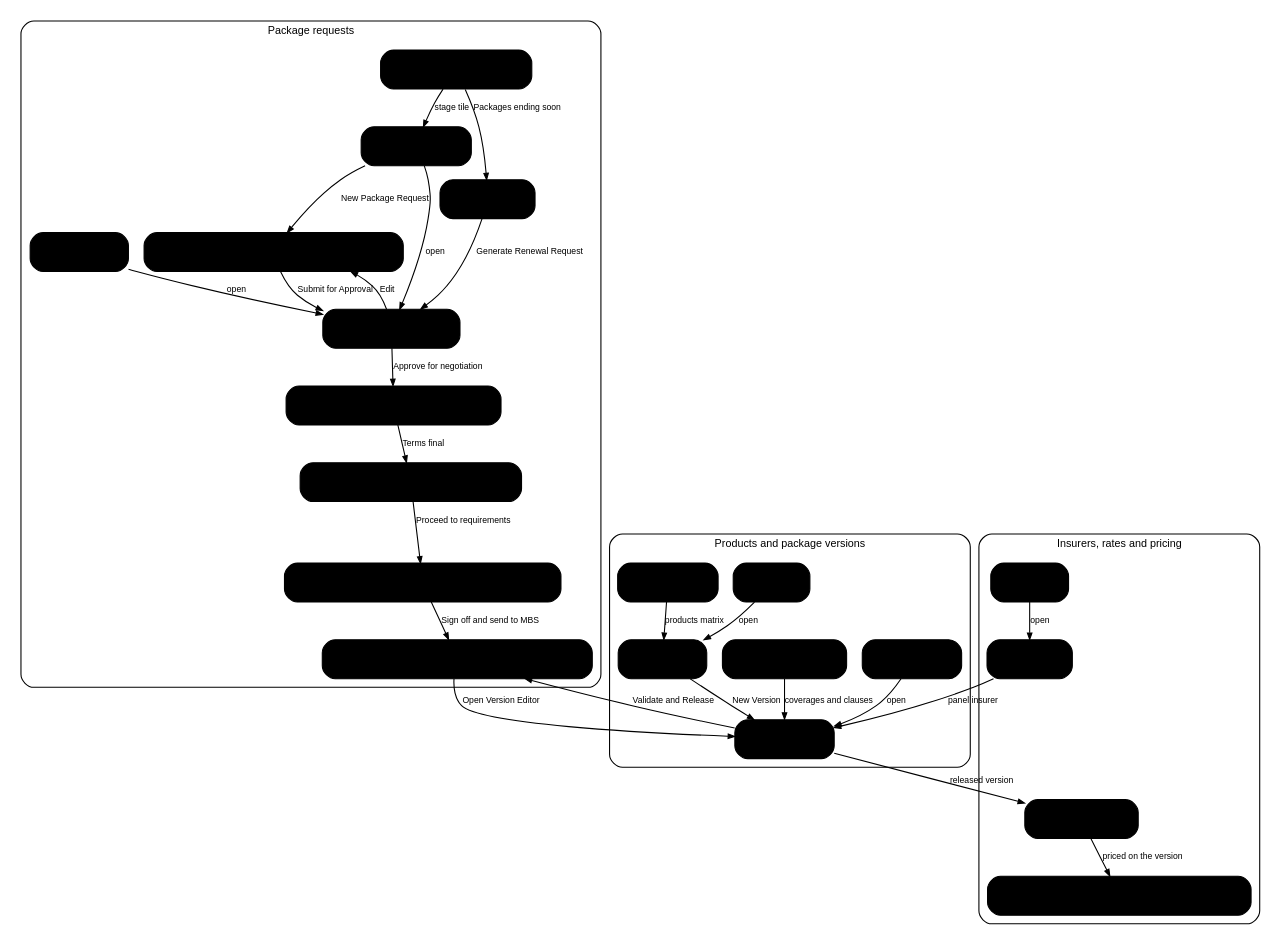
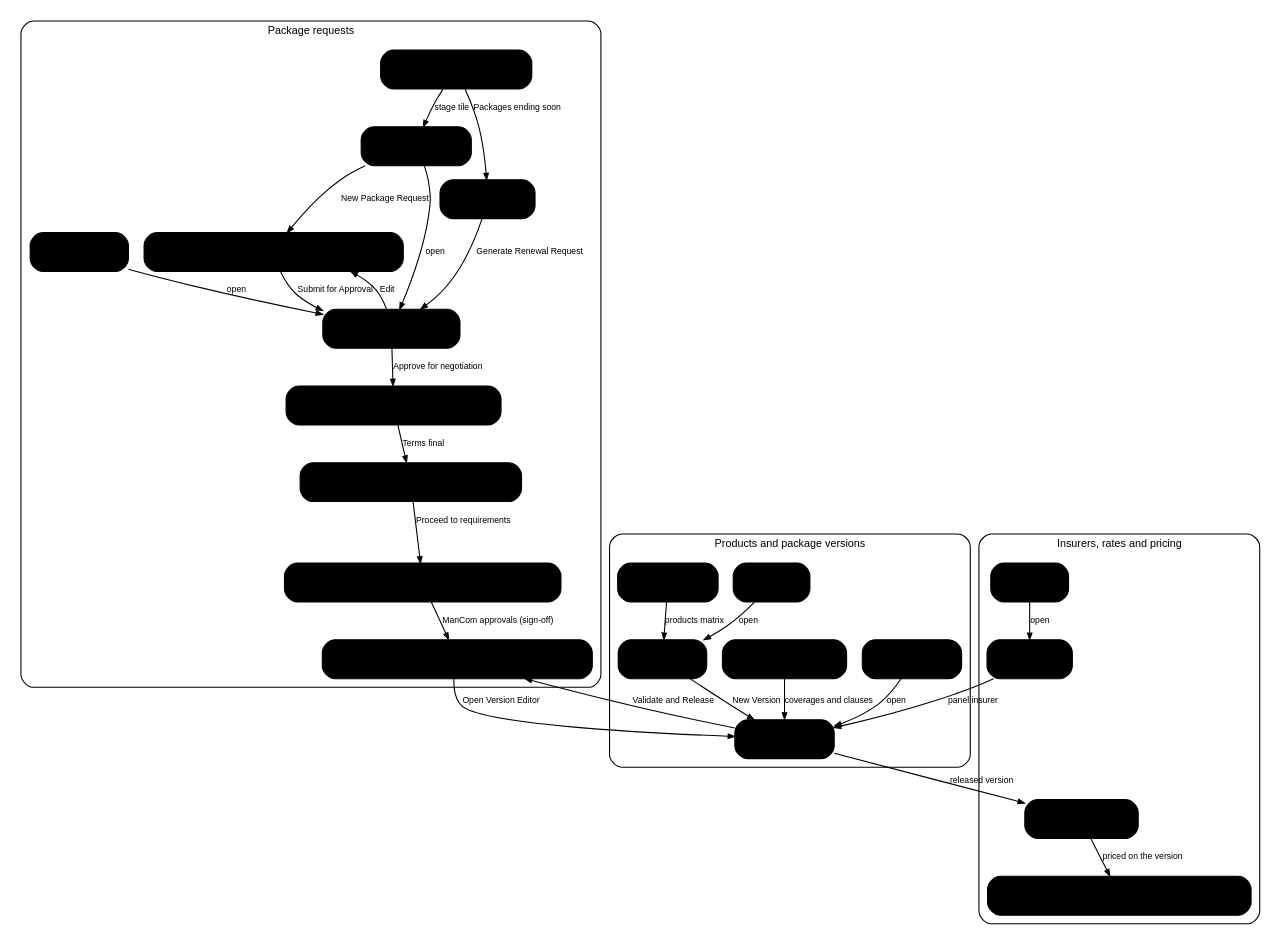
One commit to IortaTexhNXT-DEV/FinVerse changed the diagram in docs/deliverables/src/BRD-03_Product_Maintenance/figures/brd03_screen_flow.dot. Above: the diagram before and after it, drawn with Graphviz. The commit also changed 18 other files, not shown here.

```diff
--- a/docs/deliverables/src/BRD-03_Product_Maintenance/figures/brd03_screen_flow.dot
+++ b/docs/deliverables/src/BRD-03_Product_Maintenance/figures/brd03_screen_flow.dot
@@ -1,54 +1,54 @@
 digraph flow {
   graph [rankdir=TB, fontname="Arial", nodesep=0.2, ranksep=0.35, bgcolor="white", newrank=true, compound=true];
   node [shape=box, style="rounded,filled", fillcolor="@BG_BLUE", color="@HEADER_BLUE", fontname="Arial", fontsize=10, fontcolor="@NEAR_BLACK", margin="0.12,0.06"];
   edge [color="@CTA_BLUE", fontname="Arial", fontsize=8, fontcolor="@MUTED", arrowsize=0.6];
   subgraph "cluster_Package requests" { label="Package requests"; fontname="Arial"; fontsize=10; fontcolor="@HEADER_BLUE"; color="@BORDER"; style="rounded";
     "SCR-PM-01" [label="Product Maintenance Home\nSCR-PM-01"];
     "SCR-PM-02" [label="Package Requests\nSCR-PM-02"];
     "SCR-PM-03" [label="New Package Request and Edit Package Request\nSCR-PM-03"];
     "SCR-PM-04" [label="Package Request record\nSCR-PM-04"];
     "SCR-PM-05" [label="Package Request record: Negotiation tab\nSCR-PM-05"];
     "SCR-PM-06" [label="Package Request record: Comparative tab\nSCR-PM-06"];
     "SCR-PM-07" [label="Package Request record: Requirements & Sign-off tab\nSCR-PM-07"];
     "SCR-PM-08" [label="Package Request record: Set-up and Advisories tabs\nSCR-PM-08"];
     "SCR-PM-09" [label="TSU Workbench\nSCR-PM-09"];
     "SCR-PM-10" [label="Package Expiry\nSCR-PM-10"];
   }
   subgraph "cluster_Products and package versions" { label="Products and package versions"; fontname="Arial"; fontsize=10; fontcolor="@HEADER_BLUE"; color="@BORDER"; style="rounded";
     "SCR-PM-11" [label="Products\nSCR-PM-11"];
     "SCR-PM-12" [label="Product record\nSCR-PM-12"];
     "SCR-PM-13" [label="Package Version\nSCR-PM-13"];
     "SCR-PM-14" [label="Validation Queue\nSCR-PM-14"];
     "SCR-PM-15" [label="Coverages & Clauses\nSCR-PM-15"];
     "SCR-PM-16" [label="Incentive Criteria\nSCR-PM-16"];
   }
   subgraph "cluster_Insurers, rates and pricing" { label="Insurers, rates and pricing"; fontname="Arial"; fontsize=10; fontcolor="@HEADER_BLUE"; color="@BORDER"; style="rounded";
     "SCR-PM-17" [label="Insurers\nSCR-PM-17"];
     "SCR-PM-18" [label="Insurer record\nSCR-PM-18"];
     "SCR-PM-21" [label="Premium Calculator\nSCR-PM-21"];
     "SCR-PM-22" [label="Quotation: package rate scheme and rate exception\nSCR-PM-22"];
   }
   "SCR-PM-01" -> "SCR-PM-02" [label="stage tile"];
   "SCR-PM-01" -> "SCR-PM-10" [label="Packages ending soon"];
   "SCR-PM-02" -> "SCR-PM-03" [label="New Package Request"];
   "SCR-PM-03" -> "SCR-PM-04" [label="Submit for Approval"];
   "SCR-PM-02" -> "SCR-PM-04" [label="open"];
   "SCR-PM-09" -> "SCR-PM-04" [label="open"];
   "SCR-PM-04" -> "SCR-PM-03" [label="Edit"];
   "SCR-PM-04" -> "SCR-PM-05" [label="Approve for negotiation"];
   "SCR-PM-05" -> "SCR-PM-06" [label="Terms final"];
   "SCR-PM-06" -> "SCR-PM-07" [label="Proceed to requirements"];
-  "SCR-PM-07" -> "SCR-PM-08" [label="Sign off and send to MBS"];
+  "SCR-PM-07" -> "SCR-PM-08" [label="ManCom approvals (sign-off)"];
   "SCR-PM-08" -> "SCR-PM-13" [label="Open Version Editor"];
   "SCR-PM-14" -> "SCR-PM-13" [label="open"];
   "SCR-PM-13" -> "SCR-PM-08" [label="Validate and Release"];
   "SCR-PM-11" -> "SCR-PM-12" [label="open"];
   "SCR-PM-12" -> "SCR-PM-13" [label="New Version"];
   "SCR-PM-15" -> "SCR-PM-13" [label="coverages and clauses"];
   "SCR-PM-10" -> "SCR-PM-04" [label="Generate Renewal Request"];
   "SCR-PM-17" -> "SCR-PM-18" [label="open"];
   "SCR-PM-18" -> "SCR-PM-13" [label="panel insurer"];
   "SCR-PM-13" -> "SCR-PM-21" [label="released version"];
   "SCR-PM-21" -> "SCR-PM-22" [label="priced on the version"];
   "SCR-PM-16" -> "SCR-PM-12" [label="products matrix"];
 }
```
